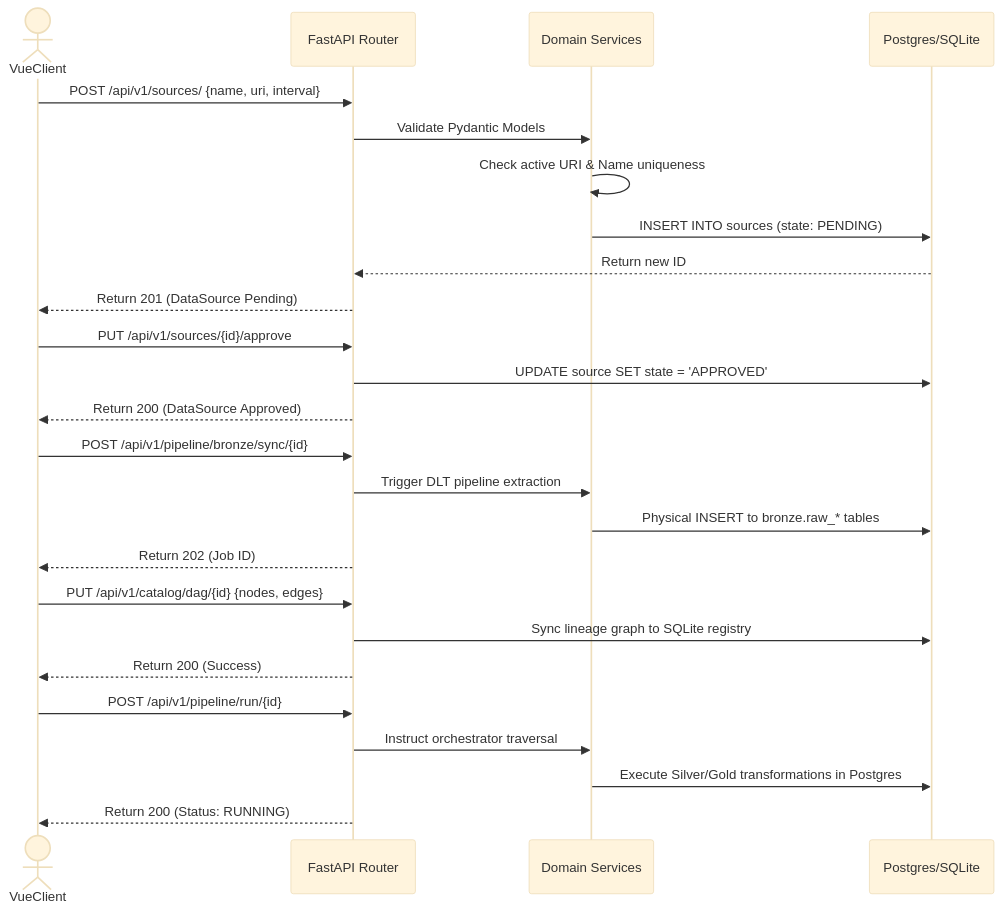
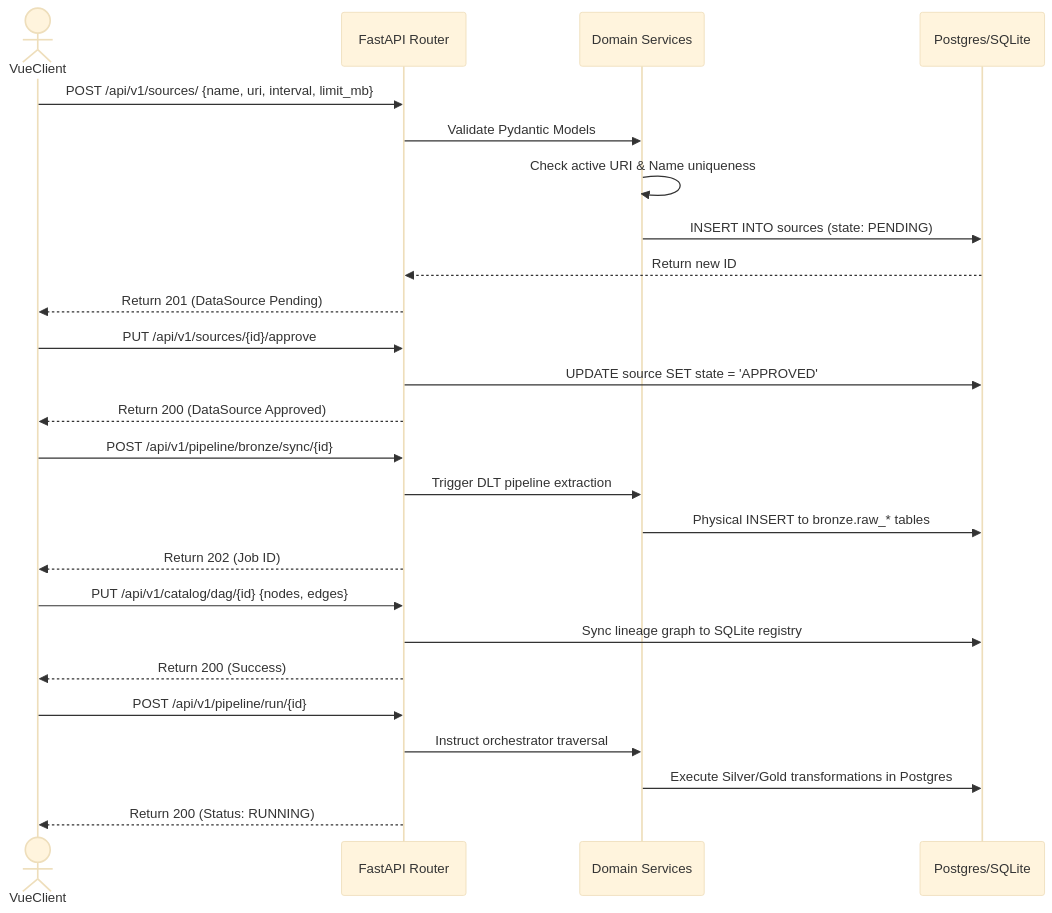
One commit to mnaatjes/elite-etl changed the diagram in docs/explanation/user-flows/register-source.md. Above: the diagram before and after it, drawn with Mermaid (base theme). The commit also changed other lines of this file, not shown here.

Commit message:
userflow sources

````diff
--- a/docs/explanation/user-flows/register-source.md
+++ b/docs/explanation/user-flows/register-source.md
@@ -12,37 +12,37 @@
 ```mermaid
 sequenceDiagram
     actor VueClient
     participant API as FastAPI Router
     participant Domain as Domain Services
     participant DB as Postgres/SQLite
 
     %% Step 1: Registration with internal validation
-    VueClient->>API: POST /api/v1/sources/ {name, uri, interval}
+    VueClient->>API: POST /api/v1/sources/ {name, uri, interval, limit_mb}
     API->>Domain: Validate Pydantic Models
     Domain->>Domain: Check active URI & Name uniqueness
     Domain->>DB: INSERT INTO sources (state: PENDING)
     DB-->>API: Return new ID
     API-->>VueClient: Return 201 (DataSource Pending)
     
     %% Step 2: Approval
     VueClient->>API: PUT /api/v1/sources/{id}/approve
     API->>DB: UPDATE source SET state = 'APPROVED'
     API-->>VueClient: Return 200 (DataSource Approved)
     
     %% Step 3: Bronze Sync
     VueClient->>API: POST /api/v1/pipeline/bronze/sync/{id}
     API->>Domain: Trigger DLT pipeline extraction
     Domain->>DB: Physical INSERT to bronze.raw_* tables
     API-->>VueClient: Return 202 (Job ID)
     
     %% Step 4: DAG Compilation
     VueClient->>API: PUT /api/v1/catalog/dag/{id} {nodes, edges}
     API->>DB: Sync lineage graph to SQLite registry
     API-->>VueClient: Return 200 (Success)
     
     %% Step 5: Unified Run
     VueClient->>API: POST /api/v1/pipeline/run/{id}
     API->>Domain: Instruct orchestrator traversal
     Domain->>DB: Execute Silver/Gold transformations in Postgres
     API-->>VueClient: Return 200 (Status: RUNNING)
 ```
````
